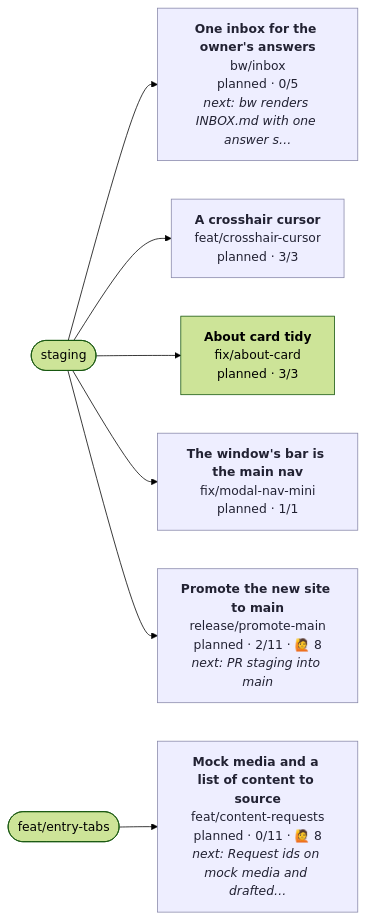
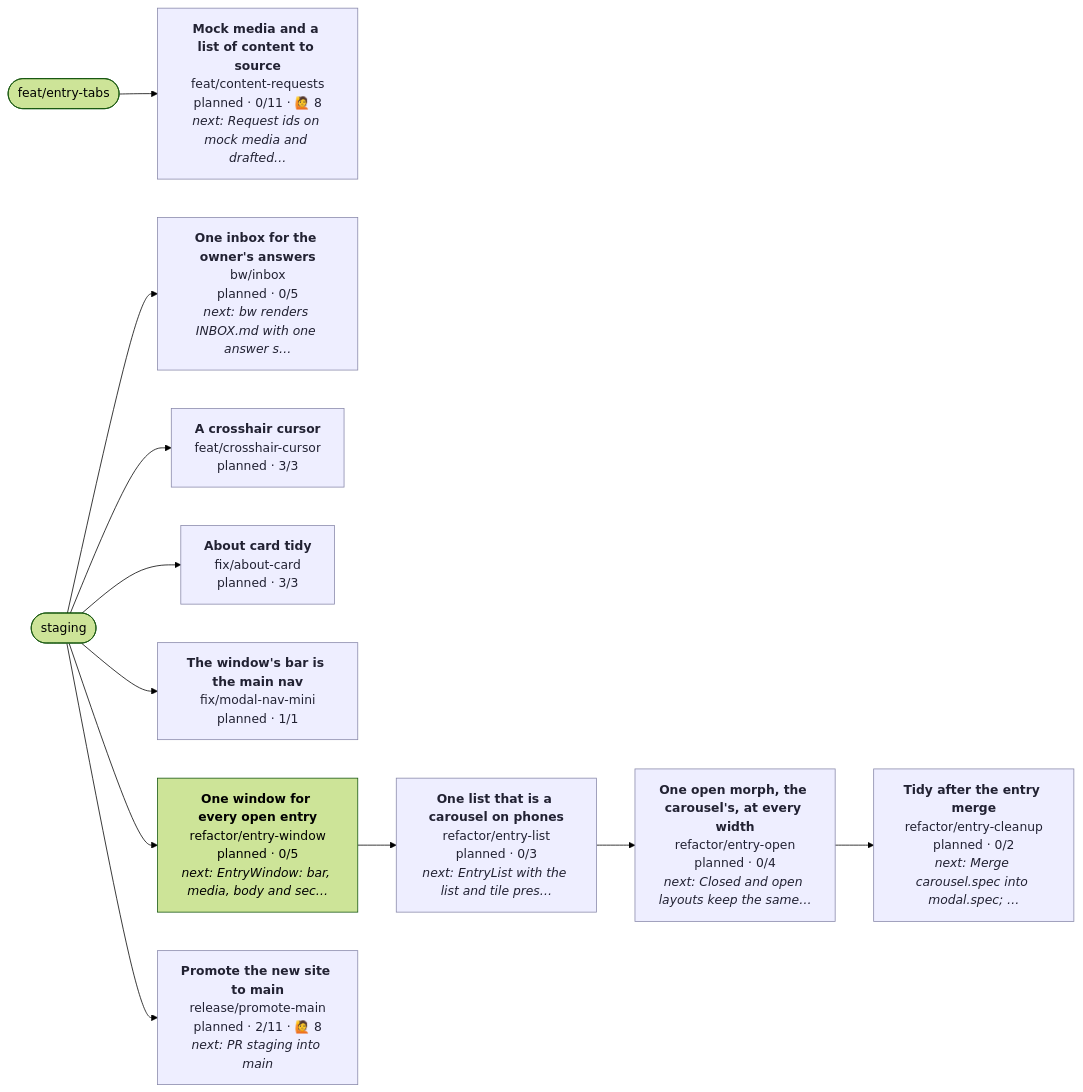
One commit to henryjonescodes/portfolio changed the diagram in CONTRIBUTING.md. Above: the diagram before and after it, drawn with Mermaid (forest theme). The commit also changed other lines of this file, not shown here.

````diff
--- a/CONTRIBUTING.md
+++ b/CONTRIBUTING.md
@@ -17,28 +17,40 @@
 ```mermaid
 flowchart LR
   n_staging([staging])
   n_feat_entry_tabs([feat/entry-tabs])
   n_bw_inbox["<b>One inbox for the owner's answers</b><br/>bw/inbox<br/>planned · 0/5<br/><i>next: bw renders INBOX.md with one answer s…</i>"]
   class n_bw_inbox planned
   n_staging --> n_bw_inbox
   n_feat_content_requests["<b>Mock media and a list of content to source</b><br/>feat/content-requests<br/>planned · 0/11 · 🙋 8<br/><i>next: Request ids on mock media and drafted…</i>"]
   class n_feat_content_requests planned
   n_feat_entry_tabs --> n_feat_content_requests
   n_feat_crosshair_cursor["<b>A crosshair cursor</b><br/>feat/crosshair-cursor<br/>planned · 3/3"]
   class n_feat_crosshair_cursor planned
   n_staging --> n_feat_crosshair_cursor
   n_fix_about_card["<b>About card tidy</b><br/>fix/about-card<br/>planned · 3/3"]
-  class n_fix_about_card planned,current
+  class n_fix_about_card planned
   n_staging --> n_fix_about_card
   n_fix_modal_nav_mini["<b>The window's bar is the main nav</b><br/>fix/modal-nav-mini<br/>planned · 1/1"]
   class n_fix_modal_nav_mini planned
   n_staging --> n_fix_modal_nav_mini
+  n_refactor_entry_cleanup["<b>Tidy after the entry merge</b><br/>refactor/entry-cleanup<br/>planned · 0/2<br/><i>next: Merge carousel.spec into modal.spec; …</i>"]
+  class n_refactor_entry_cleanup planned
+  n_refactor_entry_open --> n_refactor_entry_cleanup
+  n_refactor_entry_list["<b>One list that is a carousel on phones</b><br/>refactor/entry-list<br/>planned · 0/3<br/><i>next: EntryList with the list and tile pres…</i>"]
+  class n_refactor_entry_list planned
+  n_refactor_entry_window --> n_refactor_entry_list
+  n_refactor_entry_open["<b>One open morph, the carousel's, at every width</b><br/>refactor/entry-open<br/>planned · 0/4<br/><i>next: Closed and open layouts keep the same…</i>"]
+  class n_refactor_entry_open planned
+  n_refactor_entry_list --> n_refactor_entry_open
+  n_refactor_entry_window["<b>One window for every open entry</b><br/>refactor/entry-window<br/>planned · 0/5<br/><i>next: EntryWindow: bar, media, body and sec…</i>"]
+  class n_refactor_entry_window planned,current
+  n_staging --> n_refactor_entry_window
   n_release_promote_main["<b>Promote the new site to main</b><br/>release/promote-main<br/>planned · 2/11 · 🙋 8<br/><i>next: PR staging into main</i>"]
   class n_release_promote_main planned
   n_staging --> n_release_promote_main
   classDef planned fill:#eef,stroke:#88a,color:#223
   classDef active fill:#dfd,stroke:#3a3,stroke-width:3px,color:#132
   classDef blocked fill:#fdd,stroke:#c33,color:#311
   classDef review fill:#ffd,stroke:#cc3,color:#331
   classDef current stroke:#06c,stroke-width:4px
 ```
````
